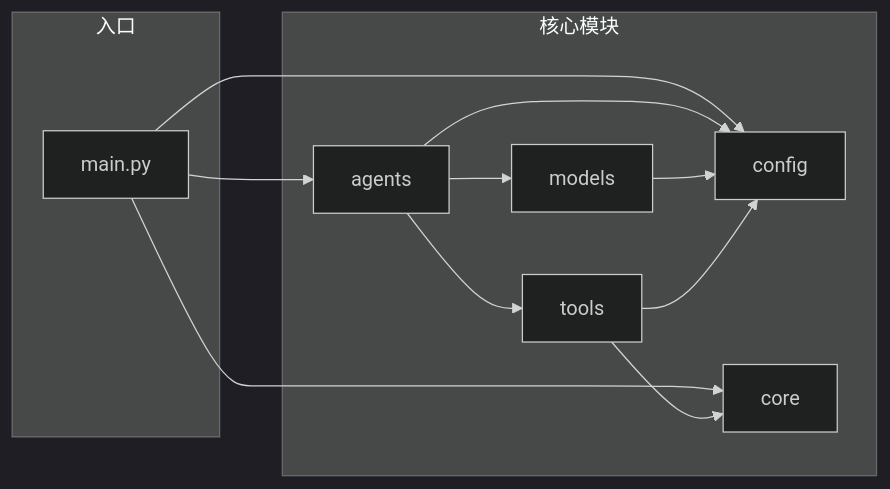
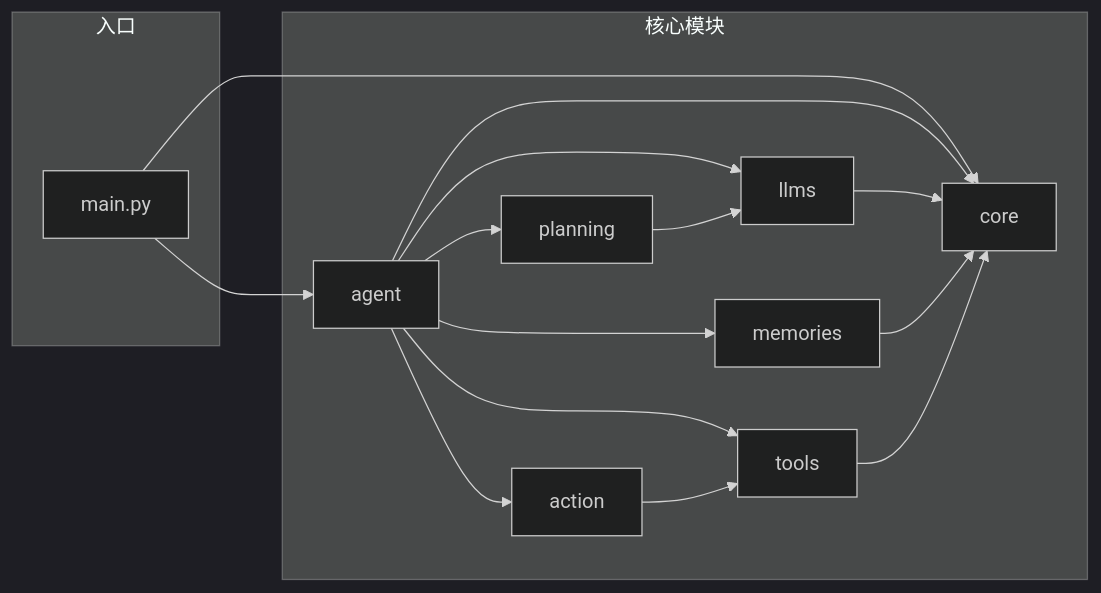
Before and after one commit to chain-engine/x-langchain: the third of 3 diagrams in README.md, drawn with Mermaid (dark theme). The commit also changed other lines of this file and 47 other files, not shown here.

Commit message:
feat: add agent, tools, memories, planning, streaming, etc.

````diff
--- a/README.md
+++ b/README.md
@@ -190,24 +266,30 @@
 ```mermaid
 graph LR
     subgraph 入口
         M[main.py]
     end
 
     subgraph 核心模块
-        A[agents]
-        MO[models]
-        T[tools]
-        C[config]
-        CO[core]
+        AG[agent]
+        LL[llms]
+        MM[memories]
+        PP[planning]
+        AA[action]
+        TT[tools]
+        CC[core]
     end
 
-    M --> A
-    M --> C
-    M --> CO
-    A --> MO
-    A --> T
-    A --> C
-    MO --> C
-    T --> C
-    T --> CO
+    M --> AG
+    M --> CC
+    AG --> LL
+    AG --> MM
+    AG --> PP
+    AG --> AA
+    AG --> TT
+    AG --> CC
+    LL --> CC
+    MM --> CC
+    PP --> LL
+    AA --> TT
+    TT --> CC
 ```
````
